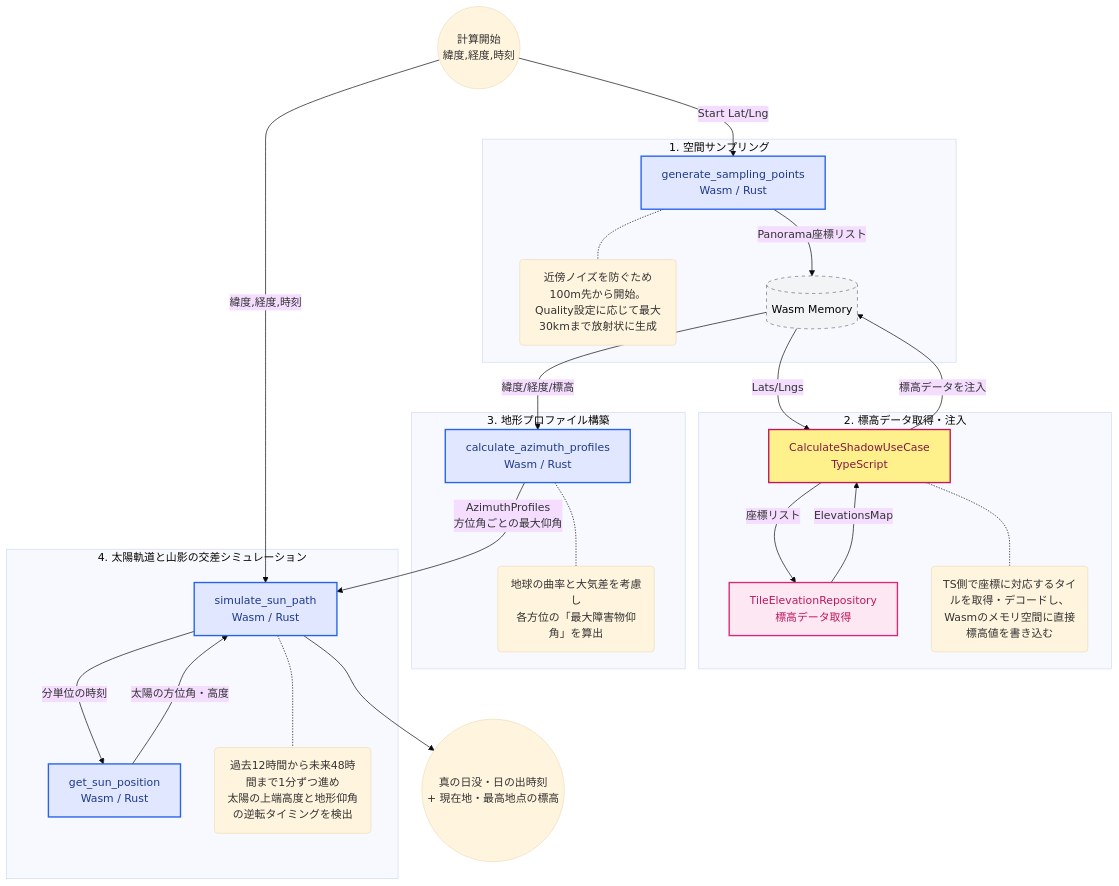
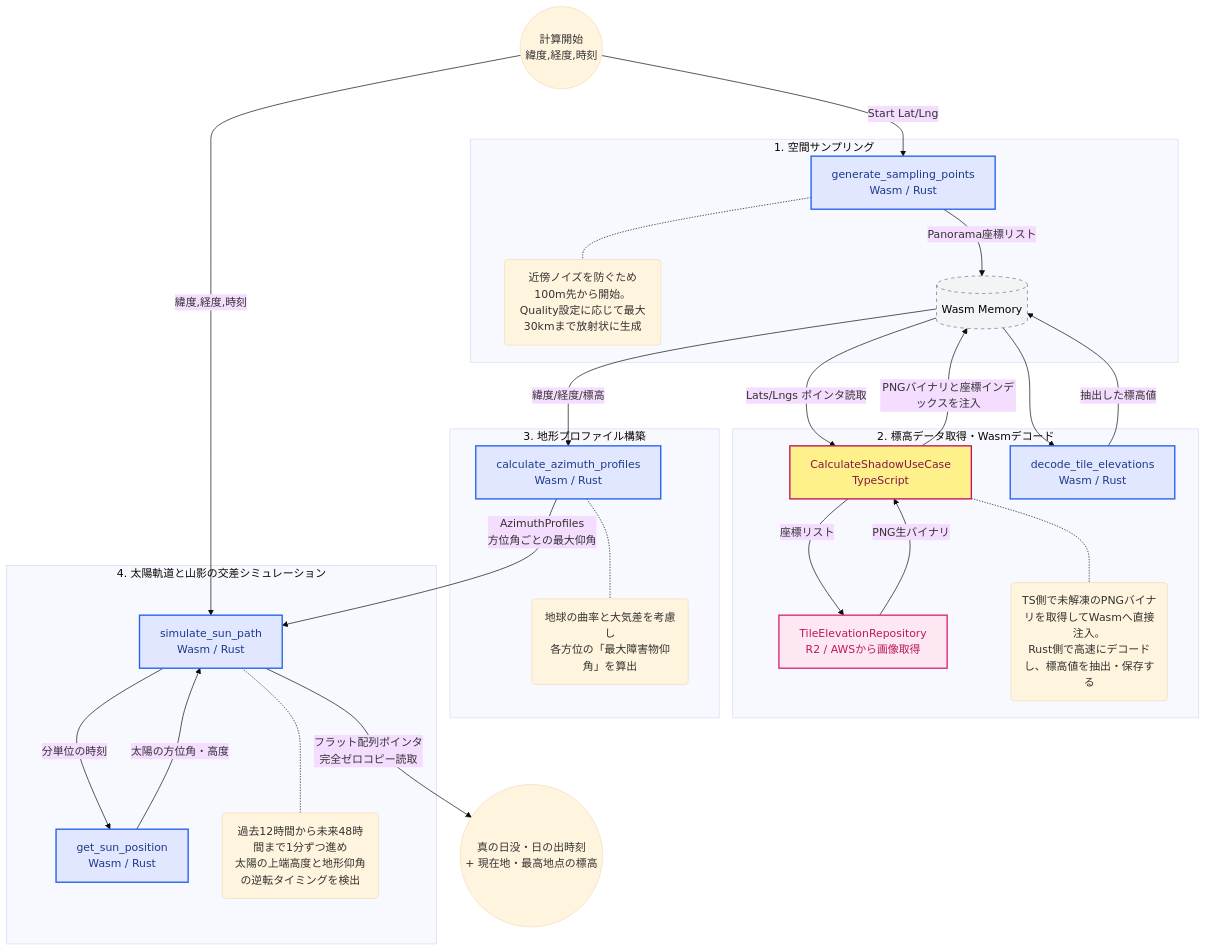
The diagram in docs/architecture/domain-algorithm.jpn.md (tomopumipumi/yamakage), drawn with Mermaid (base theme) before and after one commit. The commit also changed other lines of this file and 7 other files, not shown here.

````diff
--- a/docs/architecture/domain-algorithm.jpn.md
+++ b/docs/architecture/domain-algorithm.jpn.md
@@ -11,56 +5,59 @@
 ```mermaid
 flowchart TD
     classDef wasm fill:#e0e7ff,stroke:#2563eb,stroke-width:2px,color:#1e3a8a
     classDef ts fill:#fef08a,stroke:#c2165b,stroke-width:2px,color:#831843
     classDef data fill:#f3f4f6,color:#000,stroke:#6b7280,stroke-width:1px,stroke-dasharray: 5 5
     classDef external fill:#fce7f3,stroke:#db2777,stroke-width:2px,color:#be185d
 
     Start((計算開始<br/>緯度,経度,時刻))
 
     subgraph Phase1 [1. 空間サンプリング]
         TSE[generate_sampling_points<br/>Wasm / Rust]:::wasm
         Note1(近傍ノイズを防ぐため100m先から開始。<br/>Quality設定に応じて最大30kmまで放射状に生成)
         TPE_MEM[(Wasm Memory)]:::data
         TSE -.- Note1
     end
 
-    subgraph Phase2 [2. 標高データ取得・注入]
+    subgraph Phase2 [2. 標高データ取得・Wasmデコード]
         UseCase[CalculateShadowUseCase<br/>TypeScript]:::ts
-        Repo[TileElevationRepository<br/>標高データ取得]:::external
-        Note2(TS側で座標に対応するタイルを取得・デコードし、<br/>Wasmのメモリ空間に直接標高値を書き込む)
+        Repo[TileElevationRepository<br/>R2 / AWSから画像取得]:::external
+        DECODE[decode_tile_elevations<br/>Wasm / Rust]:::wasm
+        Note2(TS側で未解凍のPNGバイナリを取得してWasmへ直接注入。<br/>Rust側で高速にデコードし、標高値を抽出・保存する)
         UseCase -.- Note2
     end
 
     subgraph Phase3 [3. 地形プロファイル構築]
         TPE[calculate_azimuth_profiles<br/>Wasm / Rust]:::wasm
         Note3(地球の曲率と大気差を考慮し<br/>各方位の「最大障害物仰角」を算出)
         TPE -.- Note3
     end
 
     subgraph Phase4 [4. 太陽軌道と山影の交差シミュレーション]
         SCE[simulate_sun_path<br/>Wasm / Rust]:::wasm
         SPE[get_sun_position<br/>Wasm / Rust]:::wasm
         Note4(過去12時間から未来48時間まで1分ずつ進め<br/>太陽の上端高度と地形仰角の逆転タイミングを検出)
         
         SCE --> |分単位の時刻| SPE
         SPE --> |太陽の方位角・高度| SCE
         SCE -.- Note4
     end
 
     End((真の日没・日の出時刻<br/>+ 現在地・最高地点の標高))
 
     Start --> |Start Lat/Lng| TSE
     TSE --> |Panorama座標リスト| TPE_MEM
-    TPE_MEM --> |Lats/Lngs| UseCase
+    TPE_MEM --> |Lats/Lngs ポインタ読取| UseCase
     UseCase --> |座標リスト| Repo
-    Repo --> |ElevationsMap| UseCase
-    UseCase --> |標高データを注入| TPE_MEM
+    Repo --> |PNG生バイナリ| UseCase
+    UseCase --> |PNGバイナリと座標インデックスを注入| TPE_MEM
+    
+    TPE_MEM --> DECODE
+    DECODE --> |抽出した標高値| TPE_MEM
     
     TPE_MEM --> |緯度/経度/標高| TPE
     TPE --> |AzimuthProfiles<br/>方位角ごとの最大仰角| SCE
     Start --> |緯度,経度,時刻| SCE
     
-    SCE --> End
-
+    SCE --> |フラット配列ポインタ<br/>完全ゼロコピー読取| End
 
 ```
````
